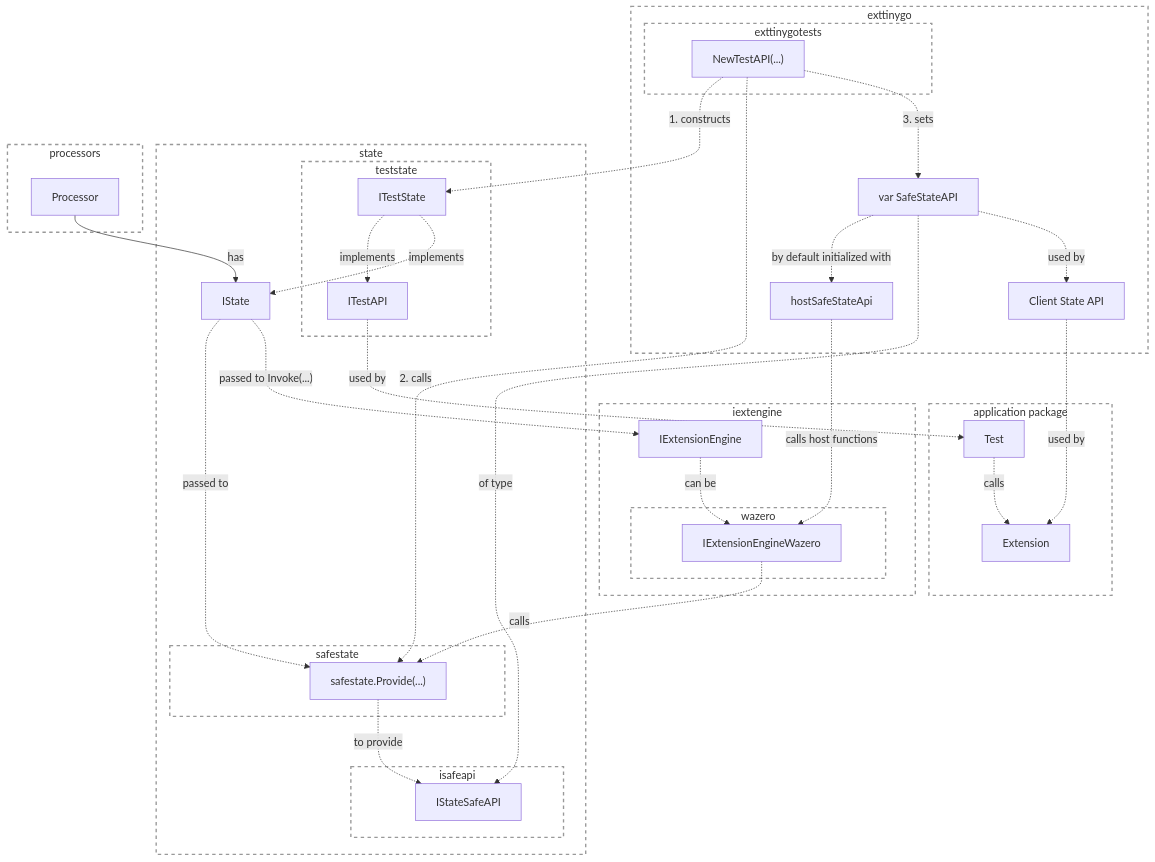
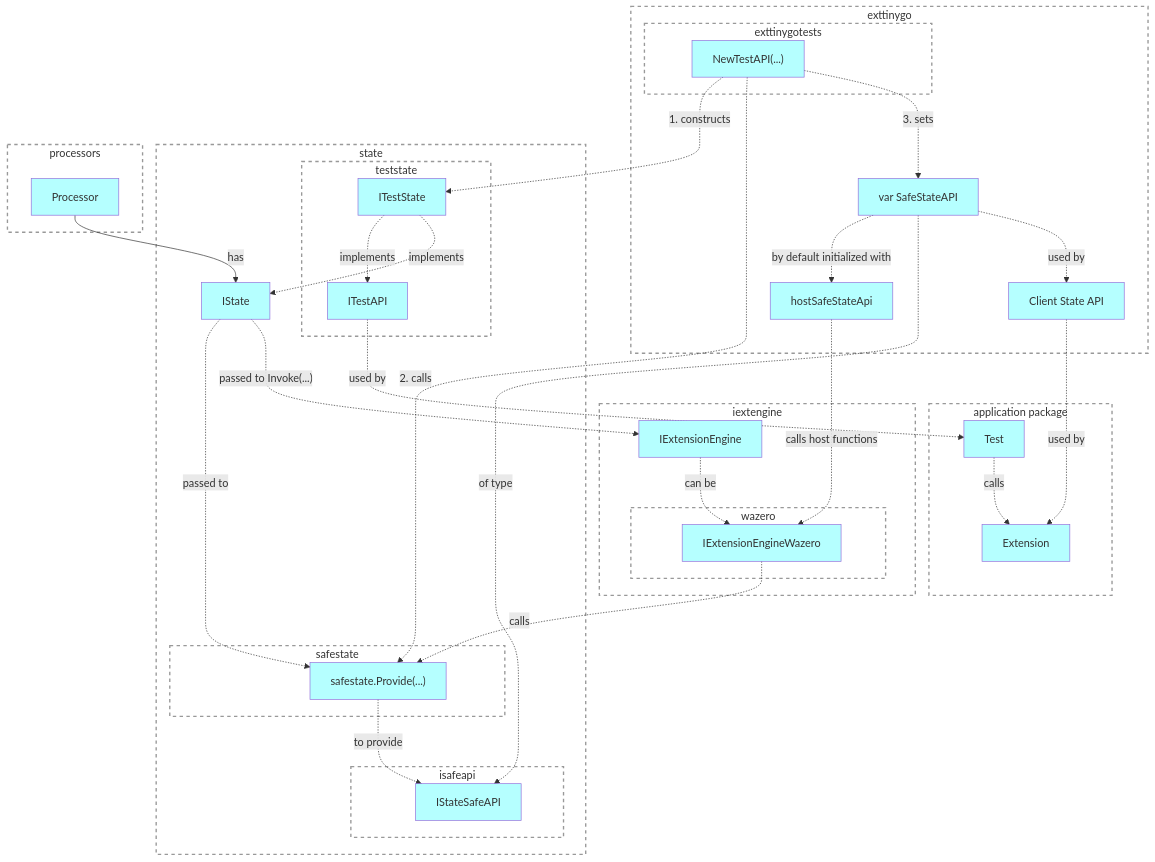
Before and after one commit to voedger/voedger: the diagram in pkg/state/README.md, drawn with Mermaid.

Commit message:
state: readme

````diff
--- a/pkg/state/README.md
+++ b/pkg/state/README.md
@@ -9,75 +9,77 @@
 ```mermaid
 flowchart TD
     exttinygo:::G
     exttinygotests:::G
     state:::G
     isafeapi:::G
     safestate:::G
     teststate:::G
     iextengine:::G
     application:::G
     wazero:::G
     processors:::G
     subgraph exttinygo
-        internal.State["var SafeStateAPI"]
-        hostAPI["hostSafeStateApi"]
-        clientStateAPI["Client State API"]
+        internal.State["var SafeStateAPI"]:::S
+        hostAPI["hostSafeStateApi"]:::S
+        clientStateAPI["Client State API"]:::S
         subgraph exttinygotests
-            NewTestAPI["NewTestAPI(...)"]
+            NewTestAPI["NewTestAPI(...)"]:::S
         end
     end
     subgraph state
-        IState
+        IState:::S
         subgraph isafeapi
-            IStateSafeAPI["IStateSafeAPI"]
+            IStateSafeAPI["IStateSafeAPI"]:::S
         end
         subgraph teststate
-            ITestState["ITestState"]
-            ITestAPI["ITestAPI"]
+            ITestState["ITestState"]:::S
+            ITestAPI["ITestAPI"]:::S
         end
         subgraph safestate
-            safestate.Provide["safestate.Provide(...)"]
+            safestate.Provide["safestate.Provide(...)"]:::S
         end
     end
     subgraph application["application package"]
-        Test
-        Extension   
+        Test:::S
+        Extension:::S
     end
     subgraph iextengine
         subgraph wazero
-            IExtensionEngineWazero["IExtensionEngineWazero"]
+            IExtensionEngineWazero["IExtensionEngineWazero"]:::S
         end
 
-        IExtensionEngine["IExtensionEngine"]
+        IExtensionEngine["IExtensionEngine"]:::S
     end
     subgraph processors
-        Processor
+        Processor:::S
     end
     
     internal.State -.-> |by default initialized with| hostAPI
     internal.State -.-> |of type| IStateSafeAPI
     internal.State -.-> |used by| clientStateAPI
 
     NewTestAPI -.-> |1. constructs| ITestState
     NewTestAPI -.-> |2. calls| safestate.Provide
     NewTestAPI -.-> |3. sets| internal.State
     ITestState -.-> |implements| ITestAPI
     ITestState -.-> |implements| IState
     
     ITestAPI -.-> |used by| Test
     safestate.Provide -.-> |to provide| IStateSafeAPI
 
     hostAPI -.-> |calls host functions| IExtensionEngineWazero
     IExtensionEngine -.-> |can be| IExtensionEngineWazero
 
     Processor --> |has| IState
     IState -.-> |passed to| safestate.Provide
     IState -.-> |"passed to Invoke(...)"| IExtensionEngine
-%%    safestate.Provide -.-> |called by| IExtensionEngineWazero
     IExtensionEngineWazero -.-> |calls| safestate.Provide
     Test -.-> |calls| Extension
     clientStateAPI -.-> |used by|Extension
 
+classDef B fill:#FFFFB5,color:#333
+classDef S fill:#B5FFFF,color:#333
+classDef H fill:#C9E7B7,color:#333
 classDef G fill:#ffffff15, stroke:#999, stroke-width:2px, stroke-dasharray: 5 5
 
 ```
````
